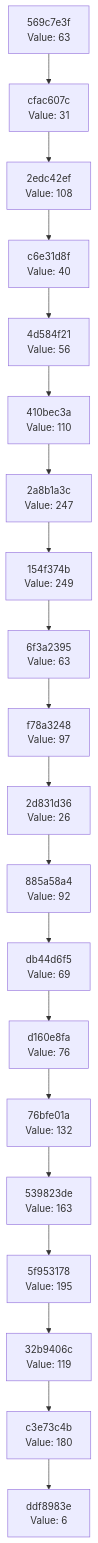
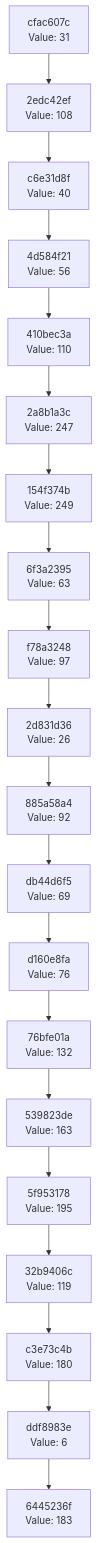
One commit to Abhisheksinha1506/hash-chain-evolver changed the diagram in docs/CHAIN_VISUALIZATION.md. Above: the diagram before and after it, drawn with Mermaid. The commit also changed 2 other files, not shown here.

Commit message:
Evolution step: hash 0xB7 → action executed

````diff
--- a/docs/CHAIN_VISUALIZATION.md
+++ b/docs/CHAIN_VISUALIZATION.md
@@ -3,42 +3,42 @@
 ```mermaid
 graph TD
-    C0["ddf8983e<br/>Value: 6"]
-    C1["c3e73c4b<br/>Value: 180"]
+    C0["6445236f<br/>Value: 183"]
+    C1["ddf8983e<br/>Value: 6"]
     C1 --> C0
-    C2["32b9406c<br/>Value: 119"]
+    C2["c3e73c4b<br/>Value: 180"]
     C2 --> C1
-    C3["5f953178<br/>Value: 195"]
+    C3["32b9406c<br/>Value: 119"]
     C3 --> C2
-    C4["539823de<br/>Value: 163"]
+    C4["5f953178<br/>Value: 195"]
     C4 --> C3
-    C5["76bfe01a<br/>Value: 132"]
+    C5["539823de<br/>Value: 163"]
     C5 --> C4
-    C6["d160e8fa<br/>Value: 76"]
+    C6["76bfe01a<br/>Value: 132"]
     C6 --> C5
-    C7["db44d6f5<br/>Value: 69"]
+    C7["d160e8fa<br/>Value: 76"]
     C7 --> C6
-    C8["885a58a4<br/>Value: 92"]
+    C8["db44d6f5<br/>Value: 69"]
     C8 --> C7
-    C9["2d831d36<br/>Value: 26"]
+    C9["885a58a4<br/>Value: 92"]
     C9 --> C8
-    C10["f78a3248<br/>Value: 97"]
+    C10["2d831d36<br/>Value: 26"]
     C10 --> C9
-    C11["6f3a2395<br/>Value: 63"]
+    C11["f78a3248<br/>Value: 97"]
     C11 --> C10
-    C12["154f374b<br/>Value: 249"]
+    C12["6f3a2395<br/>Value: 63"]
     C12 --> C11
-    C13["2a8b1a3c<br/>Value: 247"]
+    C13["154f374b<br/>Value: 249"]
     C13 --> C12
-    C14["410bec3a<br/>Value: 110"]
+    C14["2a8b1a3c<br/>Value: 247"]
     C14 --> C13
-    C15["4d584f21<br/>Value: 56"]
+    C15["410bec3a<br/>Value: 110"]
     C15 --> C14
-    C16["c6e31d8f<br/>Value: 40"]
+    C16["4d584f21<br/>Value: 56"]
     C16 --> C15
-    C17["2edc42ef<br/>Value: 108"]
+    C17["c6e31d8f<br/>Value: 40"]
     C17 --> C16
-    C18["cfac607c<br/>Value: 31"]
+    C18["2edc42ef<br/>Value: 108"]
     C18 --> C17
-    C19["569c7e3f<br/>Value: 63"]
+    C19["cfac607c<br/>Value: 31"]
     C19 --> C18
 ```
````
